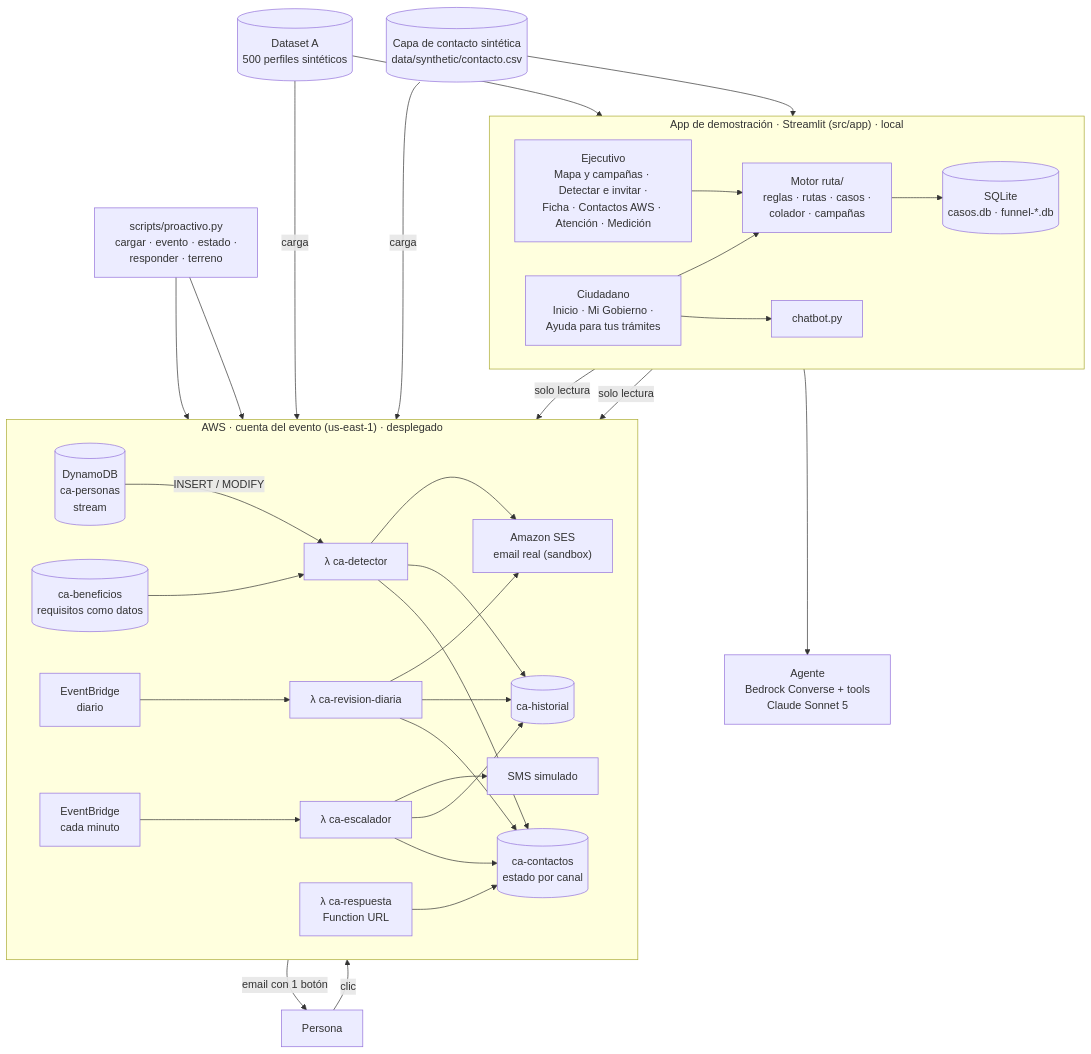
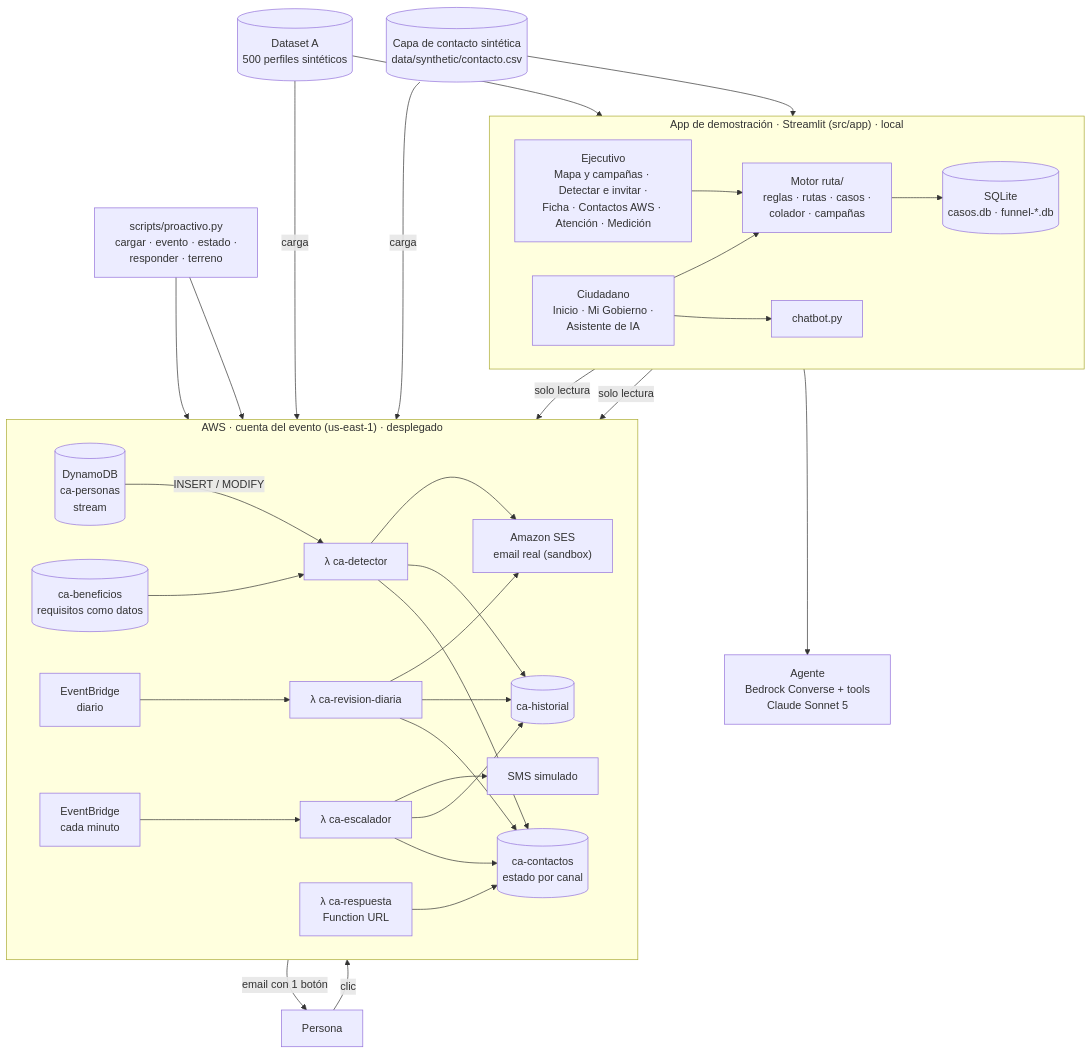
One commit to clementediv/hackaton-aws changed the third of 3 diagrams in 20-arquitectura/arquitectura-chileatiende.md. Above: the diagram before and after it, drawn with Mermaid. The commit also changed other lines of this file and 6 other files, not shown here.

````diff
--- a/20-arquitectura/arquitectura-chileatiende.md
+++ b/20-arquitectura/arquitectura-chileatiende.md
@@ -95,37 +97,37 @@
 ```mermaid
 flowchart TB
   subgraph AWS["AWS · cuenta del evento (us-east-1) · desplegado"]
     direction LR
     P[("DynamoDB<br/>ca-personas<br/>stream")] -->|INSERT / MODIFY| DET["λ ca-detector"]
     B[("ca-beneficios<br/>requisitos como datos")] --> DET
     EB1["EventBridge<br/>diario"] --> DIA["λ ca-revision-diaria"]
     EB2["EventBridge<br/>cada minuto"] --> ESC["λ ca-escalador"]
     DET --> CO[("ca-contactos<br/>estado por canal")]
     DIA --> CO
     ESC --> CO
     DET & DIA & ESC --> HI[("ca-historial")]
     DET & DIA --> SES["Amazon SES<br/>email real (sandbox)"]
     ESC --> SMS["SMS simulado"]
     URL["λ ca-respuesta<br/>Function URL"] --> CO
   end
   SES -->|email con 1 botón| PER["Persona"]
   PER -->|clic| URL
   CLI["scripts/proactivo.py<br/>cargar · evento · estado ·<br/>responder · terreno"] --> P
   CLI --> CO
 
   subgraph APP["App de demostración · Streamlit (src/app) · local"]
     direction LR
-    CIU["Ciudadano<br/>Inicio · Mi Gobierno ·<br/>Ayuda para tus trámites"]
+    CIU["Ciudadano<br/>Inicio · Mi Gobierno ·<br/>Asistente de IA"]
     EJE["Ejecutivo<br/>Mapa y campañas · Detectar e invitar ·<br/>Ficha · Contactos AWS · Atención · Medición"]
     CIU & EJE --> MOT["Motor ruta/<br/>reglas · rutas · casos ·<br/>colador · campañas"]
     MOT --> SQL[("SQLite<br/>casos.db · funnel-*.db")]
     CIU --> BOT["chatbot.py"]
   end
   BOT --> AG["Agente<br/>Bedrock Converse + tools<br/>Claude Sonnet 5"]
   EJE -->|"solo lectura"| CO
   EJE -->|"solo lectura"| HI
   DS[("Dataset A<br/>500 perfiles sintéticos")] --> MOT
   DS -->|carga| P
   CX[("Capa de contacto sintética<br/>data/synthetic/contacto.csv")] --> MOT
   CX -->|carga| P
 ```
````
